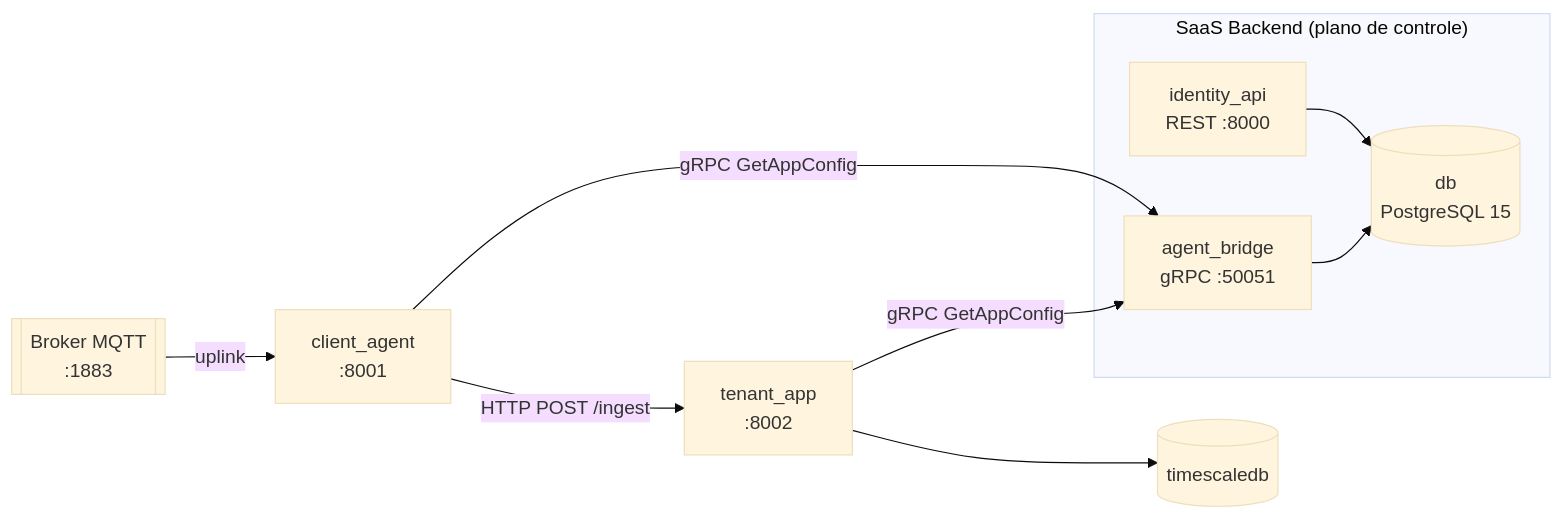
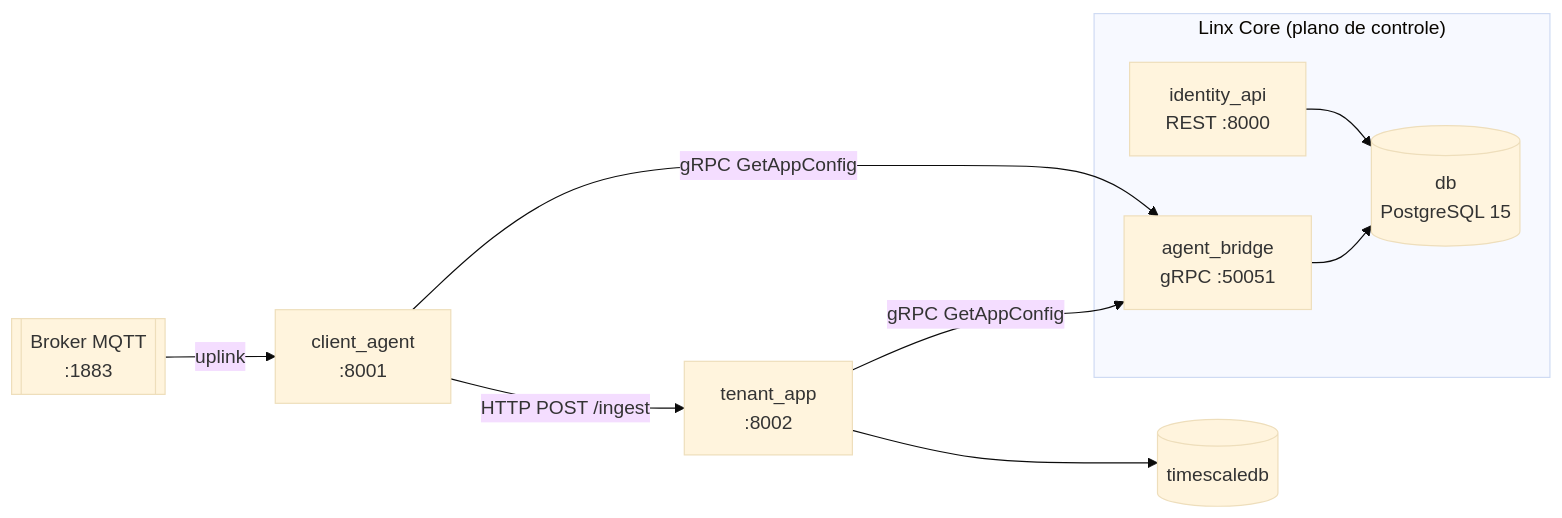
One commit to IncludeLuisFerreira/LINX-LoRaWAN-Intelligence-Nexus changed the first of 3 diagrams in docs/comunicacao_entre_servicos.md. Above: the diagram before and after it, drawn with Mermaid (base theme). The commit also changed other lines of this file and 192 other files, not shown here.

First line of the commit message:
refactor(backend): reorganiza em linx_core/services e middleware/services

````diff
--- a/docs/comunicacao_entre_servicos.md
+++ b/docs/comunicacao_entre_servicos.md
@@ -38,21 +38,21 @@
 ```mermaid
 flowchart LR
-    subgraph SaaS["SaaS Backend (plano de controle)"]
+    subgraph SaaS["Linx Core (plano de controle)"]
         ID["identity_api<br/>REST :8000"]
         AB["agent_bridge<br/>gRPC :50051"]
         DB[("db<br/>PostgreSQL 15")]
         ID --> DB
         AB --> DB
     end
 
     MQTT[["Broker MQTT<br/>:1883"]]
     CA["client_agent<br/>:8001"]
     TA["tenant_app<br/>:8002"]
     TS[("timescaledb")]
 
     MQTT -- "uplink" --> CA
     CA -- "gRPC GetAppConfig" --> AB
     CA -- "HTTP POST /ingest" --> TA
     TA -- "gRPC GetAppConfig" --> AB
     TA --> TS
 ```
````
